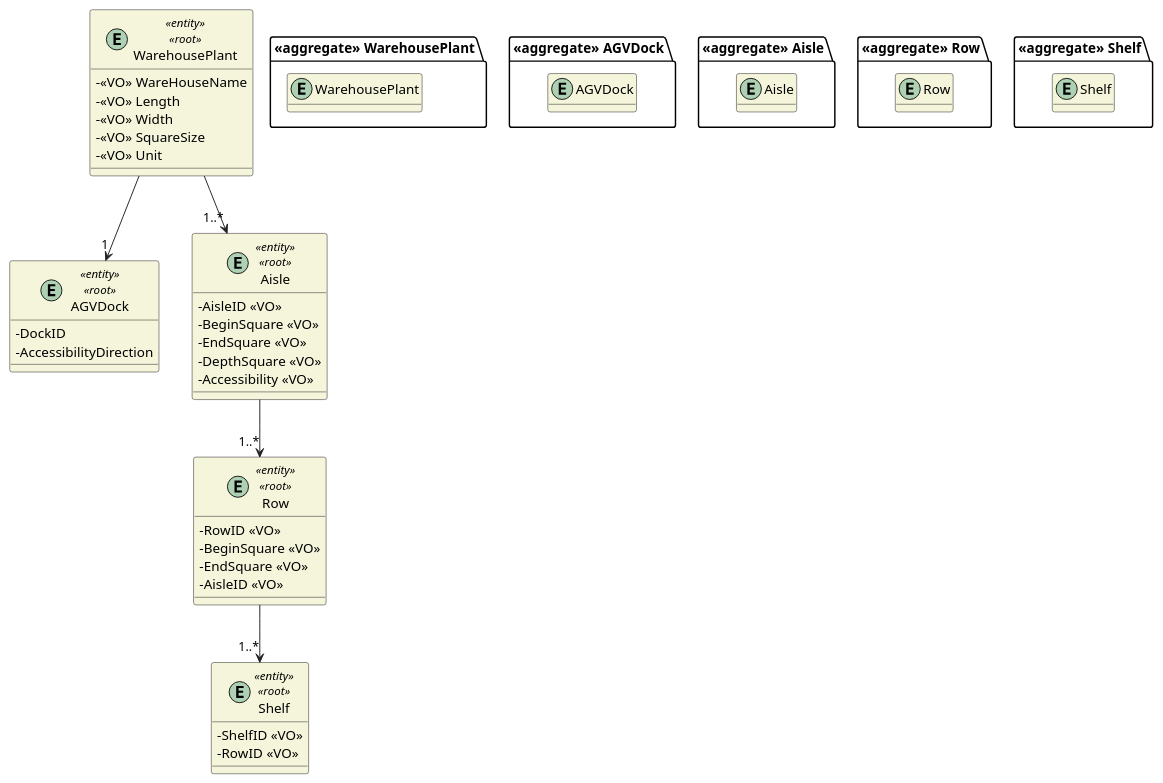
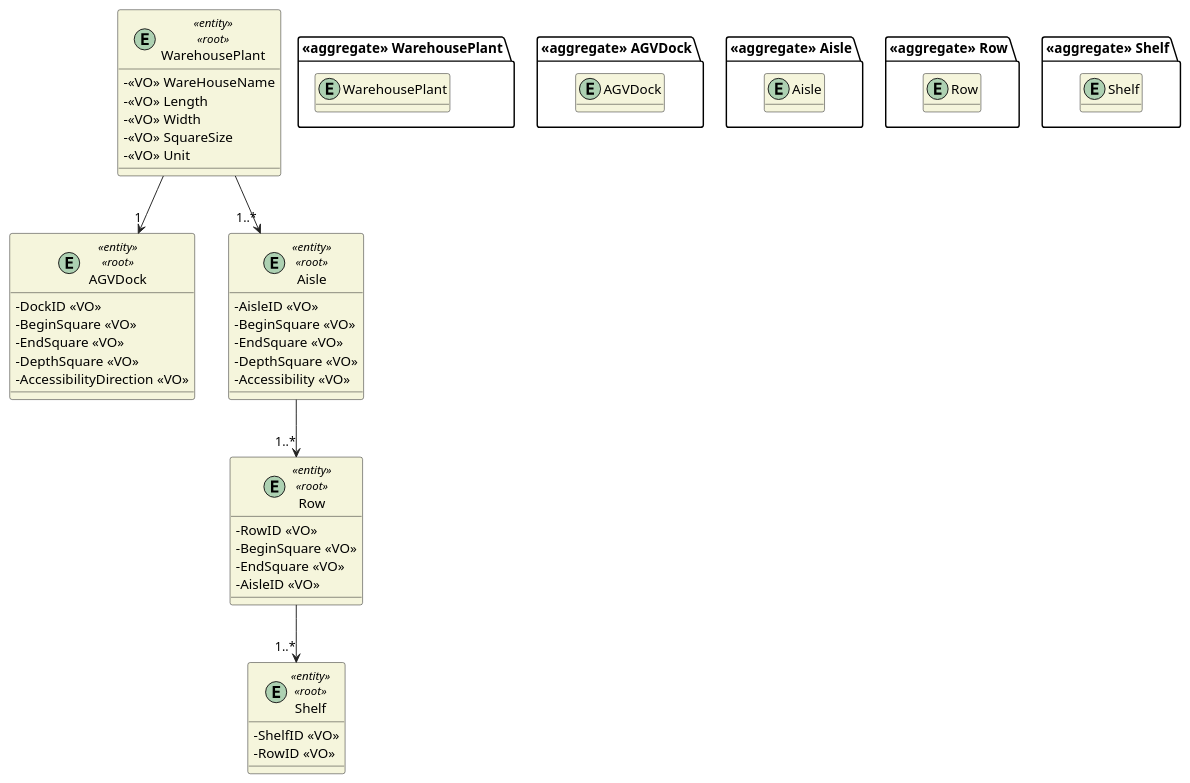
The diagram in docs/1201284/US2001/DM_Plant.puml (ana-albergaria/LAPR4-ISEP), drawn with PlantUML before and after one commit. The commit also changed 26 other files, not shown here.

```diff
--- a/docs/1201284/US2001/DM_Plant.puml
+++ b/docs/1201284/US2001/DM_Plant.puml
@@ -1,67 +1,70 @@
 @startuml
 
 skinparam classAttributeIconSize 0
 hide empty attributes
 skinparam classBackgroundColor beige
 skinparam ArrowColor #222222
 
 package "<<aggregate>> WarehousePlant" {
     entity WarehousePlant
 }
 
 package "<<aggregate>> AGVDock" {
     entity AGVDock
 }
 
 package "<<aggregate>> Aisle" {
     entity Aisle
 }
 
 package "<<aggregate>> Row" {
     entity Row
 }
 
 package "<<aggregate>> Shelf" {
     entity Shelf
 }
 
 entity Row <<entity>> <<root>> {
     - RowID <<VO>>
     - BeginSquare <<VO>>
     - EndSquare <<VO>>
     - AisleID <<VO>>
 }
 
 entity Shelf <<entity>> <<root>> {
     - ShelfID <<VO>>
     - RowID <<VO>>
 }
 
 entity AGVDock <<entity>> <<root>> {
-    - DockID
-    - AccessibilityDirection
+    - DockID <<VO>>
+    - BeginSquare <<VO>>
+    - EndSquare <<VO>>
+    - DepthSquare <<VO>>
+    - AccessibilityDirection <<VO>>
 }
 
 entity Aisle <<entity>> <<root>> {
     - AisleID <<VO>>
     - BeginSquare <<VO>>
     - EndSquare <<VO>>
     - DepthSquare <<VO>>
     - Accessibility <<VO>>
 }
 
 entity WarehousePlant <<entity>> <<root>> {
     - <<VO>> WareHouseName
     - <<VO>> Length
     - <<VO>> Width
     - <<VO>> SquareSize
     - <<VO>> Unit
 }
 
 WarehousePlant --> "1..*" Aisle
 Aisle --> "1..*" Row
 Row --> "1..*" Shelf
 WarehousePlant --> "1" AGVDock
 
 
 @enduml
```
